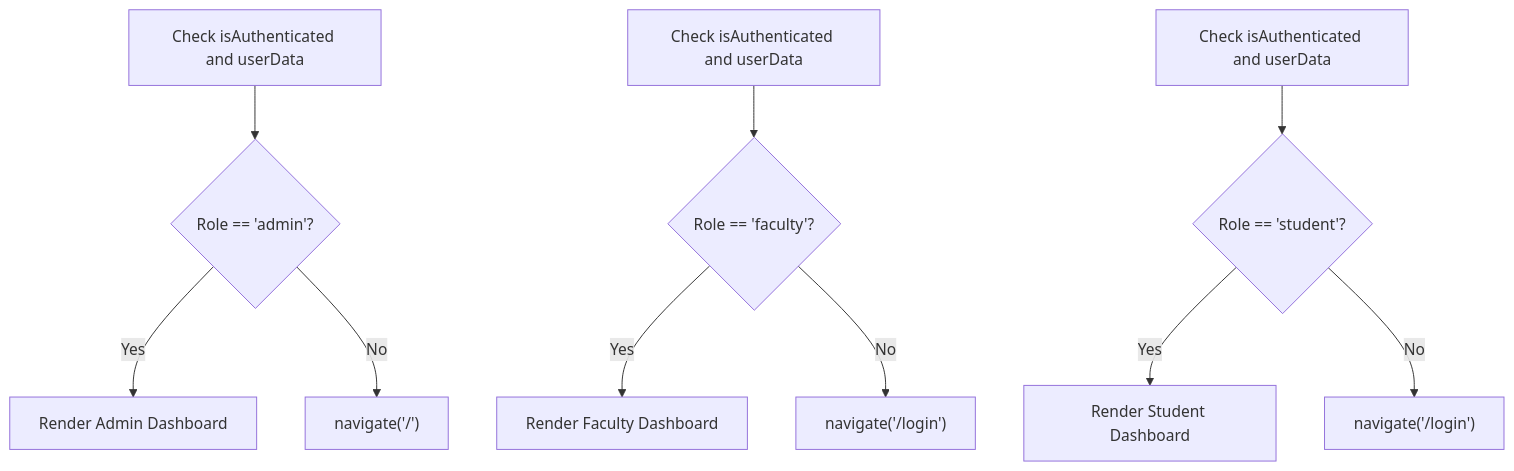
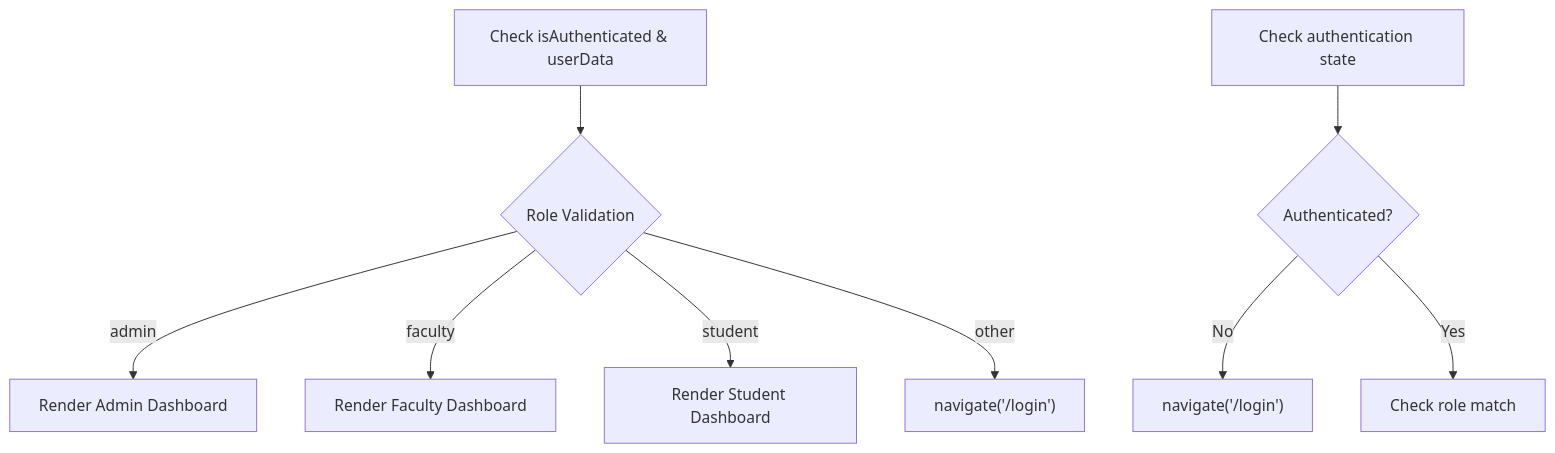
Before and after one commit to Aryan9060/Timetable-Project: the ninth of 11 diagrams in .qoder/repowiki/en/content/Authentication & Authorization/Authentication & Authorization.md, drawn with Mermaid. The commit also changed other lines of this file and 15 other files, not shown here.

````diff
--- a/.qoder/repowiki/en/content/Authentication & Authorization/Authentication & Authorization.md
+++ b/.qoder/repowiki/en/content/Authentication & Authorization/Authentication & Authorization.md
@@ -234,12 +438,11 @@
 ```mermaid
 flowchart TD
-CheckAuth["Check isAuthenticated and userData"] --> Role{"Role == 'admin'?"}
-Role --> |Yes| AllowAdmin["Render Admin Dashboard"]
-Role --> |No| RedirectHome["navigate('/')"]
-CheckAuth2["Check isAuthenticated and userData"] --> RoleF{"Role == 'faculty'?"}
-RoleF --> |Yes| AllowFaculty["Render Faculty Dashboard"]
-RoleF --> |No| RedirectLoginF["navigate('/login')"]
-CheckAuth3["Check isAuthenticated and userData"] --> RoleS{"Role == 'student'?"}
-RoleS --> |Yes| AllowStudent["Render Student Dashboard"]
-RoleS --> |No| RedirectLoginS["navigate('/login')"]
+CheckAuth["Check isAuthenticated & userData"] --> Role{"Role Validation"}
+Role --> |admin| AllowAdmin["Render Admin Dashboard"]
+Role --> |faculty| AllowFaculty["Render Faculty Dashboard"]
+Role --> |student| AllowStudent["Render Student Dashboard"]
+Role --> |other| RedirectHome["navigate('/login')"]
+CheckAuth2["Check authentication state"] --> AuthCheck{"Authenticated?"}
+AuthCheck --> |No| RedirectLogin["navigate('/login')"]
+AuthCheck --> |Yes| RoleCheck["Check role match"]
 ```
````
